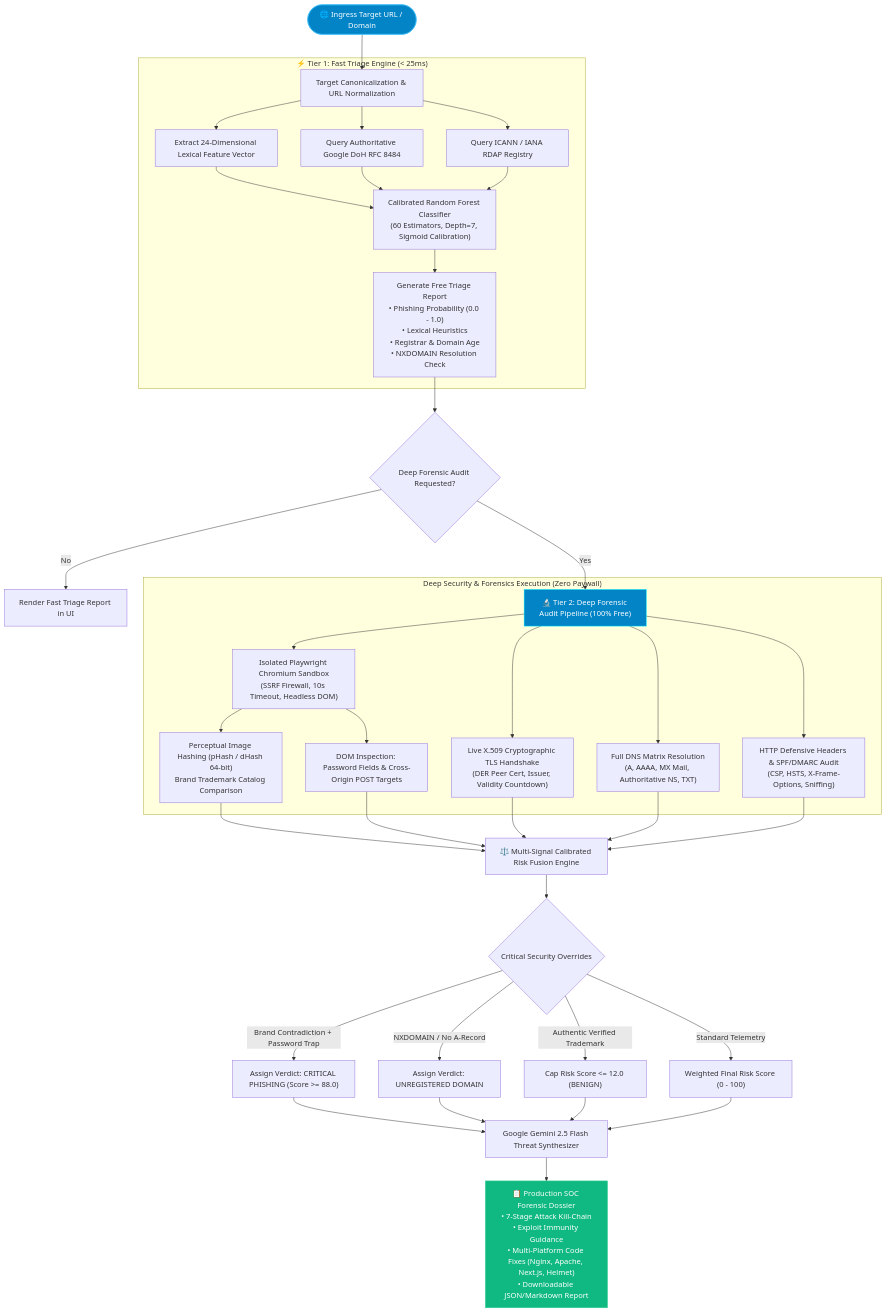
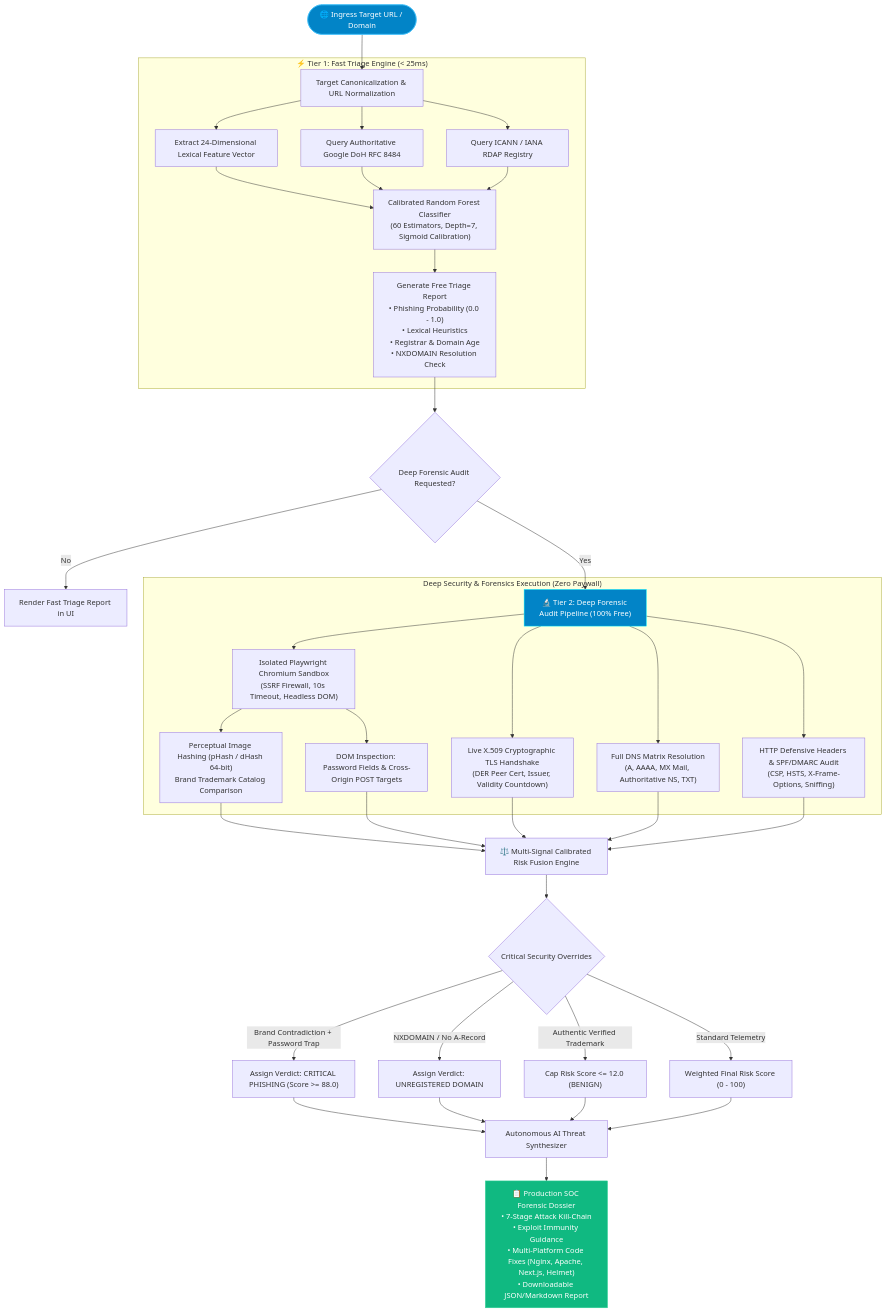
One commit to Siddhartha39/Cyberguard-AI changed the first of 6 diagrams in README.md. Above: the diagram before and after it, drawn with Mermaid. The commit also changed other lines of this file and 14 other files, not shown here.

````diff
--- a/README.md
+++ b/README.md
@@ -64,53 +64,53 @@
 ```mermaid
 flowchart TD
     START(["🌐 Ingress Target URL / Domain"]) --> CANON["Target Canonicalization & URL Normalization"]
     
     subgraph L1["⚡ Tier 1: Fast Triage Engine (< 25ms)"]
         CANON --> FEAT["Extract 24-Dimensional Lexical Feature Vector"]
         CANON --> DOH_CHECK["Query Authoritative Google DoH RFC 8484"]
         CANON --> RDAP_CHECK["Query ICANN / IANA RDAP Registry"]
         
         FEAT --> RF_MODEL["Calibrated Random Forest Classifier<br/>(60 Estimators, Depth=7, Sigmoid Calibration)"]
         DOH_CHECK --> RF_MODEL
         RDAP_CHECK --> RF_MODEL
         
         RF_MODEL --> TRIAGE_OUT["Generate Free Triage Report<br/>• Phishing Probability (0.0 - 1.0)<br/>• Lexical Heuristics<br/>• Registrar & Domain Age<br/>• NXDOMAIN Resolution Check"]
     end
     
     TRIAGE_OUT --> DECISION{"Deep Forensic Audit Requested?"}
     DECISION -- "No" --> FREE_REPORT["Render Fast Triage Report in UI"]
     DECISION -- "Yes" --> L2["🔬 Tier 2: Deep Forensic Audit Pipeline (100% Free)"]
     
     subgraph L2_PIPELINE["Deep Security & Forensics Execution (Zero Paywall)"]
         L2 --> SANDBOX["Isolated Playwright Chromium Sandbox<br/>(SSRF Firewall, 10s Timeout, Headless DOM)"]
         L2 --> TLS_PROBE["Live X.509 Cryptographic TLS Handshake<br/>(DER Peer Cert, Issuer, Validity Countdown)"]
         L2 --> DNS_MATRIX["Full DNS Matrix Resolution<br/>(A, AAAA, MX Mail, Authoritative NS, TXT)"]
         L2 --> SEC_AUDIT["HTTP Defensive Headers & SPF/DMARC Audit<br/>(CSP, HSTS, X-Frame-Options, Sniffing)"]
         
         SANDBOX --> PHASH["Perceptual Image Hashing (pHash / dHash 64-bit)<br/>Brand Trademark Catalog Comparison"]
         SANDBOX --> FORM_INSPECT["DOM Inspection: Password Fields & Cross-Origin POST Targets"]
     end
     
     PHASH --> FUSION["⚖️ Multi-Signal Calibrated Risk Fusion Engine"]
     TLS_PROBE --> FUSION
     DNS_MATRIX --> FUSION
     SEC_AUDIT --> FUSION
     FORM_INSPECT --> FUSION
     
     FUSION --> OVERRIDE{"Critical Security Overrides"}
     OVERRIDE -- "Brand Contradiction + Password Trap" --> CRIT_FLAG["Assign Verdict: CRITICAL PHISHING (Score >= 88.0)"]
     OVERRIDE -- "NXDOMAIN / No A-Record" --> UNREG_FLAG["Assign Verdict: UNREGISTERED DOMAIN"]
     OVERRIDE -- "Authentic Verified Trademark" --> SAFE_FLAG["Cap Risk Score <= 12.0 (BENIGN)"]
     OVERRIDE -- "Standard Telemetry" --> CALIB_SCORE["Weighted Final Risk Score (0 - 100)"]
     
-    CRIT_FLAG --> GEMINI["Google Gemini 2.5 Flash Threat Synthesizer"]
-    UNREG_FLAG --> GEMINI
-    SAFE_FLAG --> GEMINI
-    CALIB_SCORE --> GEMINI
+    CRIT_FLAG --> AI_SYNTH["Autonomous AI Threat Synthesizer"]
+    UNREG_FLAG --> AI_SYNTH
+    SAFE_FLAG --> AI_SYNTH
+    CALIB_SCORE --> AI_SYNTH
     
-    GEMINI --> DOSSIER["📋 Production SOC Forensic Dossier<br/>• 7-Stage Attack Kill-Chain<br/>• Exploit Immunity Guidance<br/>• Multi-Platform Code Fixes (Nginx, Apache, Next.js, Helmet)<br/>• Downloadable JSON/Markdown Report"]
+    AI_SYNTH --> DOSSIER["📋 Production SOC Forensic Dossier<br/>• 7-Stage Attack Kill-Chain<br/>• Exploit Immunity Guidance<br/>• Multi-Platform Code Fixes (Nginx, Apache, Next.js, Helmet)<br/>• Downloadable JSON/Markdown Report"]
 
     style START fill:#0284c7,stroke:#38bdf8,color:#fff
     style L2 fill:#0284c7,stroke:#00f0ff,color:#fff
     style DOSSIER fill:#10b981,stroke:#34d399,color:#fff
 ```
````
